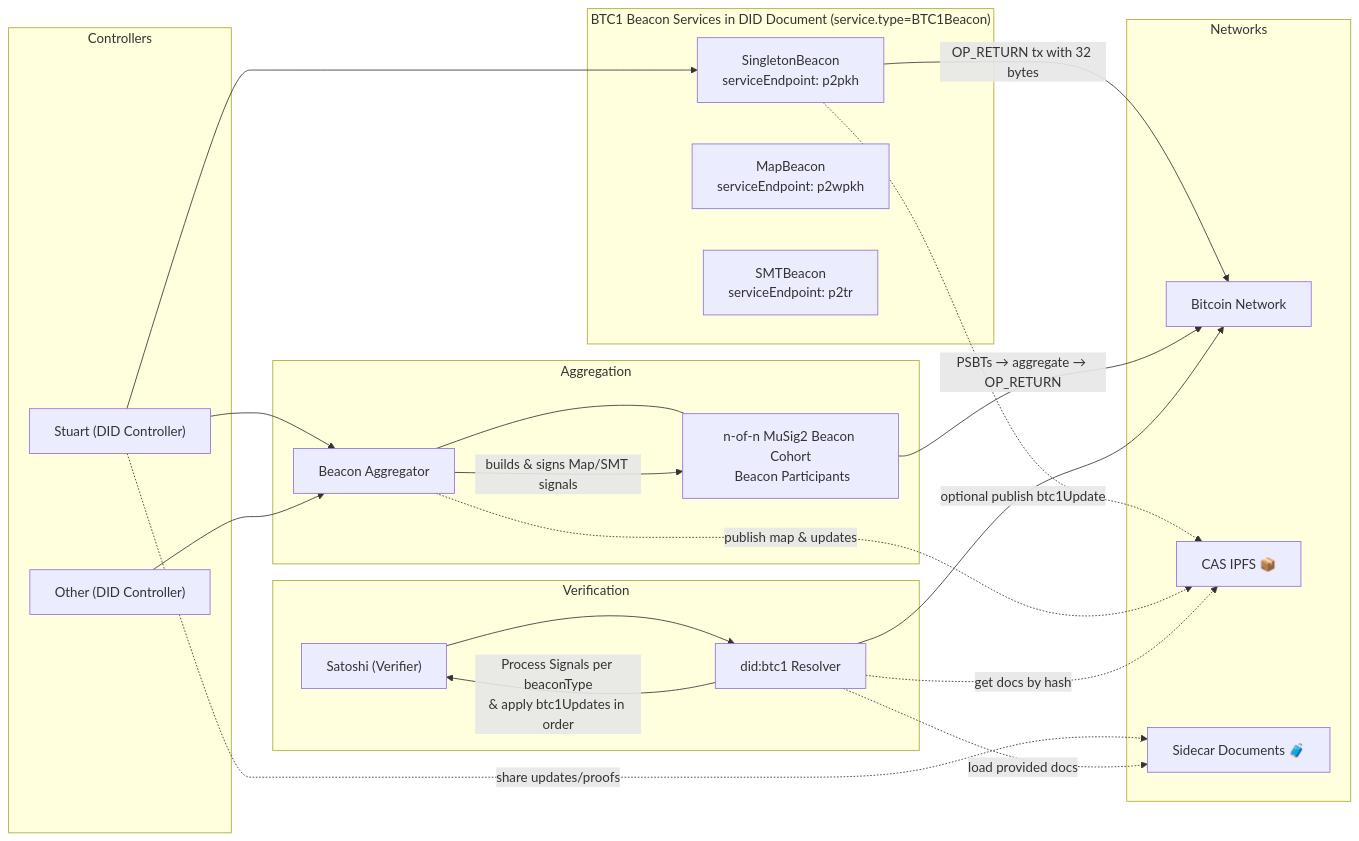
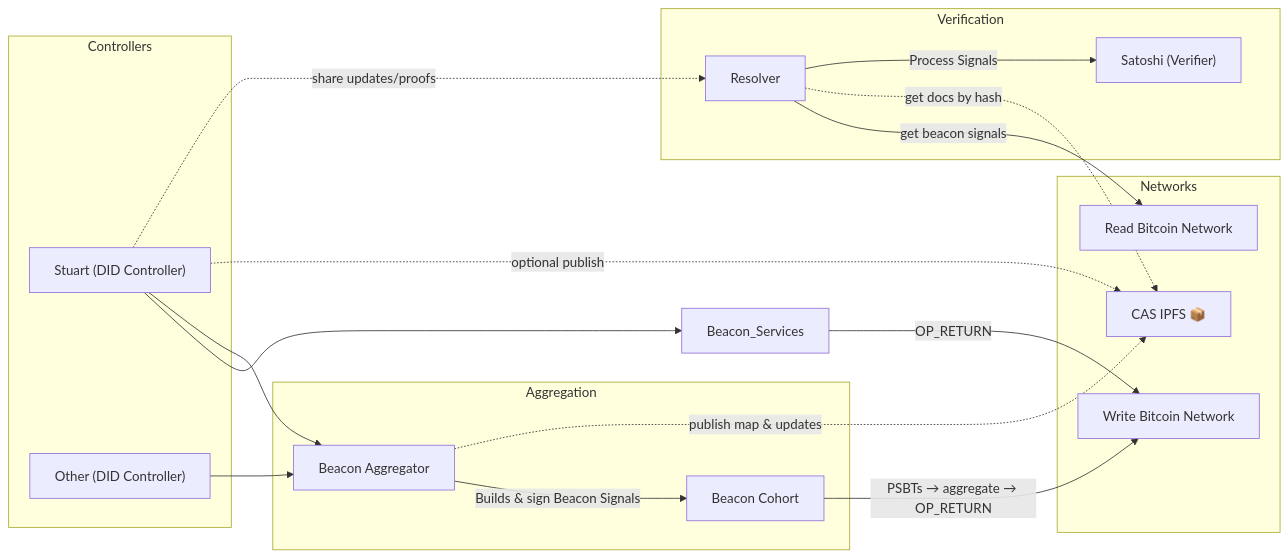
One commit to jintekc/website-btcr2-dev changed the diagram in docs/public/diagrams/okrs/o1-kr1.mmd. Above: the diagram before and after it, drawn with Mermaid. The commit also changed 20 other files, not shown here.

```diff
--- a/docs/public/diagrams/okrs/o1-kr1.mmd
+++ b/docs/public/diagrams/okrs/o1-kr1.mmd
@@ -1,52 +1,52 @@
+%% Look into legend for solid vs. dotted lines
+%% Keep this diagram but rethink how it is organized
+%% Something more circular (maybe??) representing interactions between actors and object
+%% e.g. https://stats.stackexchange.com/questions/3158/what-is-this-type-of-circular-link-visualization-called
+%% - which beacon service type (singleton, Map, SMT)
+    %% - which data delivery (CID, sidecar)
+    %% - is resolver a separate service?  (could be lower or higher trust) 
+
 flowchart LR
     subgraph Controllers
       Stuart["Stuart (DID Controller)"]
       Others["Other (DID Controller)"]
     end
 
-    subgraph Beacon_Services["BTC1 Beacon Services in DID Document (service.type=BTC1Beacon)"]
-      SB["SingletonBeacon<br>serviceEndpoint: p2pkh"]
-      MB["MapBeacon<br>serviceEndpoint: p2wpkh"]
-      SMT["SMTBeacon<br>serviceEndpoint: p2tr"]
-    end
 
     subgraph Aggregation
       BA[Beacon Aggregator]
-      Cohort[n-of-n MuSig2 Beacon Cohort<br> Beacon Participants]
+      Cohort[Beacon Cohort]
     end
 
     subgraph Networks
-      BTC[Bitcoin Network]
+      BTCRead[Read Bitcoin Network]
+      BTCWrite[Write Bitcoin Network]
       CAS[CAS IPFS 📦]
-      Sidecar[Sidecar Documents 🧳]
     end
 
     subgraph Verification
       Satoshi["Satoshi (Verifier)"]
-      Resolver[did:btc1 Resolver]
+      Resolver[Resolver]
     end
 
     %% Control/Enrollment
-    Stuart --> SB
+    Stuart --> Beacon_Services
     Stuart --> BA
     Others --> BA
-    BA --- Cohort
 
     %% Signal creation/broadcast
-    SB -- OP_RETURN tx with 32 bytes --> BTC
-    BA -- builds & signs Map/SMT signals --> Cohort
-    Cohort -- PSBTs → aggregate → OP_RETURN --> BTC
+    Beacon_Services -- OP_RETURN --> BTCWrite
+    BA -- Builds & sign Beacon Signals --> Cohort
+    Cohort -- PSBTs → aggregate → OP_RETURN --> BTCWrite
 
     %% Side-channel data publication
-    SB -. optional publish btc1Update .-> CAS
+    Stuart -. optional publish .-> CAS
     BA -. publish map & updates .-> CAS
-    Stuart -. share updates/proofs .-> Sidecar
+    Stuart -. share updates/proofs .-> Resolver
 
     %% Resolution & verification
-    Satoshi --> Resolver
-    Resolver --> BTC
+    Resolver -- get beacon signals --> BTCRead
     Resolver -. get docs by hash .-> CAS
-    Resolver -. load provided docs .-> Sidecar
 
     %% Document reconstruction checks
-    Resolver -->|Process Signals per beaconType<br>& apply btc1Updates in order| Satoshi
+    Resolver -->|Process Signals| Satoshi
```
